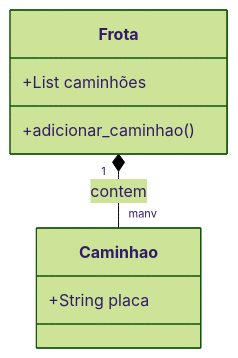
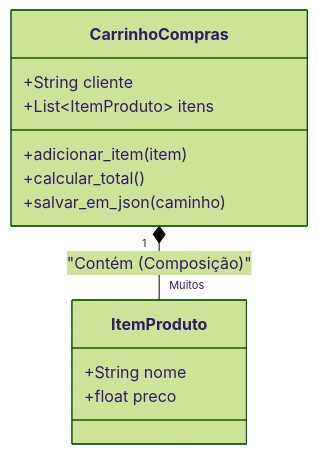
One commit to akanaul/Python-Aulas changed the diagram in 03_poo/teoria/Aula 09B - POO Pratico Composicao e Persistencia/Aula 9B - POO Pratico Composicao e Persistencia.md. Above: the diagram before and after it, drawn with Mermaid (forest theme). The commit also changed other lines of this file and 202 other files, not shown here.

````diff
--- a/03_poo/teoria/Aula 09B - POO Pratico Composicao e Persistencia/Aula 9B - POO Pratico Composicao e Persistencia.md
+++ b/03_poo/teoria/Aula 09B - POO Pratico Composicao e Persistencia/Aula 9B - POO Pratico Composicao e Persistencia.md
@@ -31,11 +70,17 @@
 ```mermaid
 classDiagram
-    class Frota {
-        +List caminhões
-        +adicionar_caminhao()
+    class CarrinhoCompras {
+        +String cliente
+        +List~ItemProduto~ itens
+        +adicionar_item(item)
+        +calcular_total()
+        +salvar_em_json(caminho)
     }
-    class Caminhao {
-        +String placa
+
+    class ItemProduto {
+        +String nome
+        +float preco
     }
-    Frota "1" *-- "many" Caminhao : contem
+
+    CarrinhoCompras "1" *-- "Muitos" ItemProduto : "Contém (Composição)"
 ```
````
